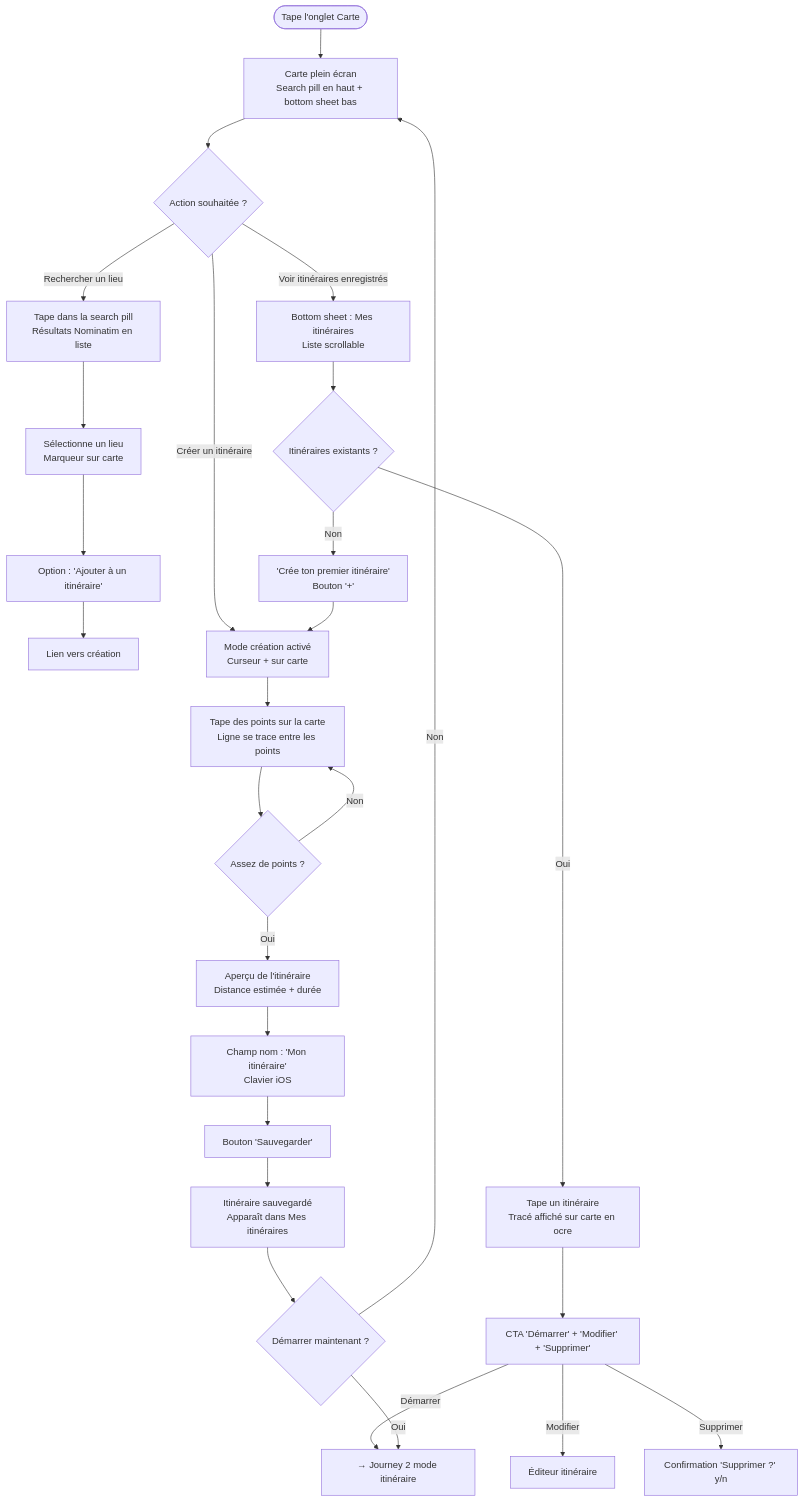
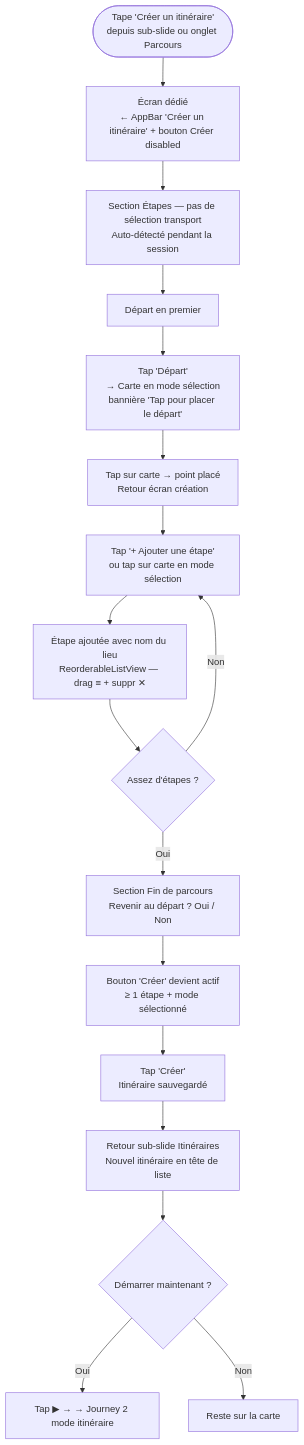
One commit to deadelus/urbink changed the third of 8 diagrams in _bmad-output/planning-artifacts/ux-design-specification.md. Above: the diagram before and after it, drawn with Mermaid. The commit also changed other lines of this file and 3 other files, not shown here.

````diff
--- a/_bmad-output/planning-artifacts/ux-design-specification.md
+++ b/_bmad-output/planning-artifacts/ux-design-specification.md
@@ -517,32 +565,23 @@
 ```mermaid
 flowchart TD
-    A([Tape l'onglet Carte]) --> B[Carte plein écran\nSearch pill en haut + bottom sheet bas]
-    B --> C{Action souhaitée ?}
+    A([Tape 'Créer un itinéraire'\ndepuis sub-slide ou onglet Parcours]) --> B[Écran dédié\n← AppBar 'Créer un itinéraire' + bouton Créer disabled]
 
-    C -- Rechercher un lieu --> D[Tape dans la search pill\nRésultats Nominatim en liste]
-    D --> E[Sélectionne un lieu\nMarqueur sur carte]
-    E --> F[Option : 'Ajouter à un itinéraire']
-    F --> G[Lien vers création]
+    B --> C[Section Étapes — pas de sélection transport\nAuto-détecté pendant la session]
+    C --> D[Départ en premier]
 
-    C -- Voir itinéraires enregistrés --> H[Bottom sheet : Mes itinéraires\nListe scrollable]
-    H --> I{Itinéraires existants ?}
-    I -- Oui --> J[Tape un itinéraire\nTracé affiché sur carte en ocre]
-    J --> K[CTA 'Démarrer' + 'Modifier' + 'Supprimer']
-    K -- Démarrer --> L[→ Journey 2 mode itinéraire]
-    K -- Modifier --> M[Éditeur itinéraire]
-    K -- Supprimer --> N[Confirmation 'Supprimer ?' y/n]
-    I -- Non --> O['Crée ton premier itinéraire'\nBouton '+']
+    D --> E[Tap 'Départ'\n→ Carte en mode sélection\nbannière 'Tap pour placer le départ']
+    E --> F[Tap sur carte → point placé\nRetour écran création]
 
-    C -- Créer un itinéraire --> P[Mode création activé\nCurseur + sur carte]
-    O --> P
-    P --> Q[Tape des points sur la carte\nLigne se trace entre les points]
-    Q --> R{Assez de points ?}
-    R -- Non --> Q
-    R -- Oui --> S[Aperçu de l'itinéraire\nDistance estimée + durée]
-    S --> T[Champ nom : 'Mon itinéraire'\nClavier iOS]
-    T --> U[Bouton 'Sauvegarder']
-    U --> V[Itinéraire sauvegardé\nApparaît dans Mes itinéraires]
-    V --> W{Démarrer maintenant ?}
-    W -- Oui --> L
-    W -- Non --> B
+    F --> G[Tap '+ Ajouter une étape'\nou tap sur carte en mode sélection]
+    G --> H[Étape ajoutée avec nom du lieu\nReorderableListView — drag ≡ + suppr ✕]
+    H --> I{Assez d'étapes ?}
+    I -- Non --> G
+    I -- Oui --> J[Section Fin de parcours\nRevenir au départ ? Oui / Non]
+
+    J --> K[Bouton 'Créer' devient actif\n≥ 1 étape + mode sélectionné]
+    K --> L[Tap 'Créer'\nItinéraire sauvegardé]
+    L --> M[Retour sub-slide Itinéraires\nNouvel itinéraire en tête de liste]
+    M --> N{Démarrer maintenant ?}
+    N -- Oui --> O[Tap ▶ → → Journey 2 mode itinéraire]
+    N -- Non --> P[Reste sur la carte]
 ```
````
